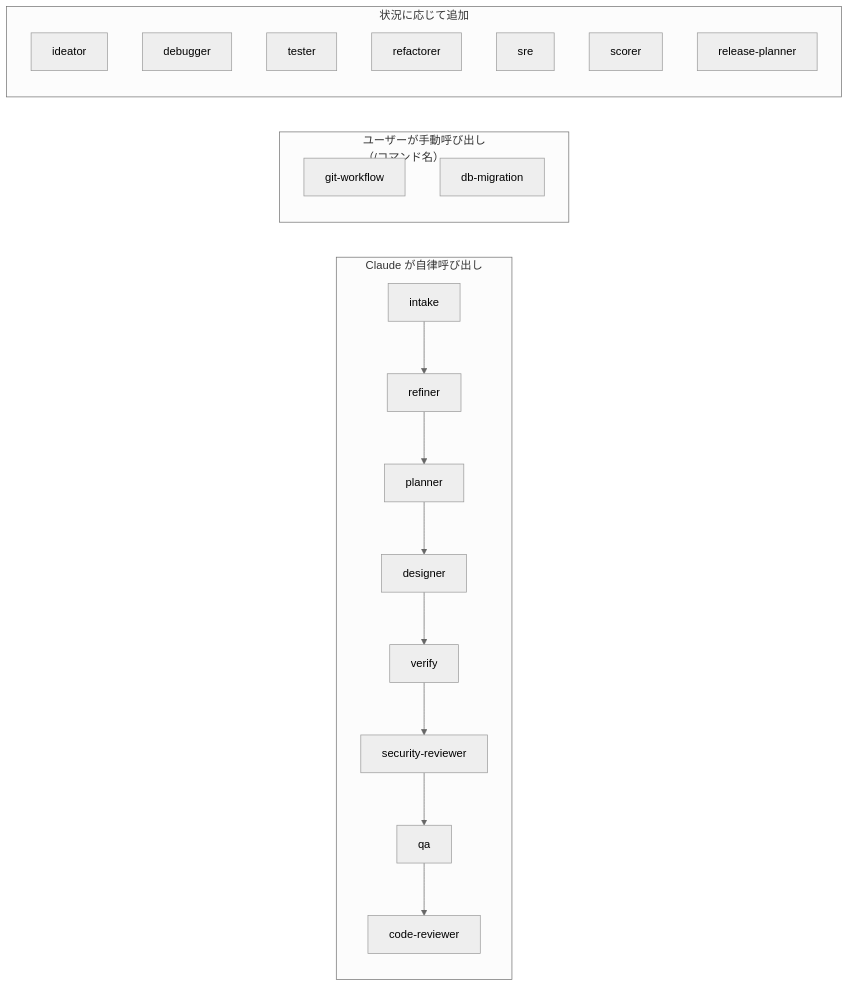
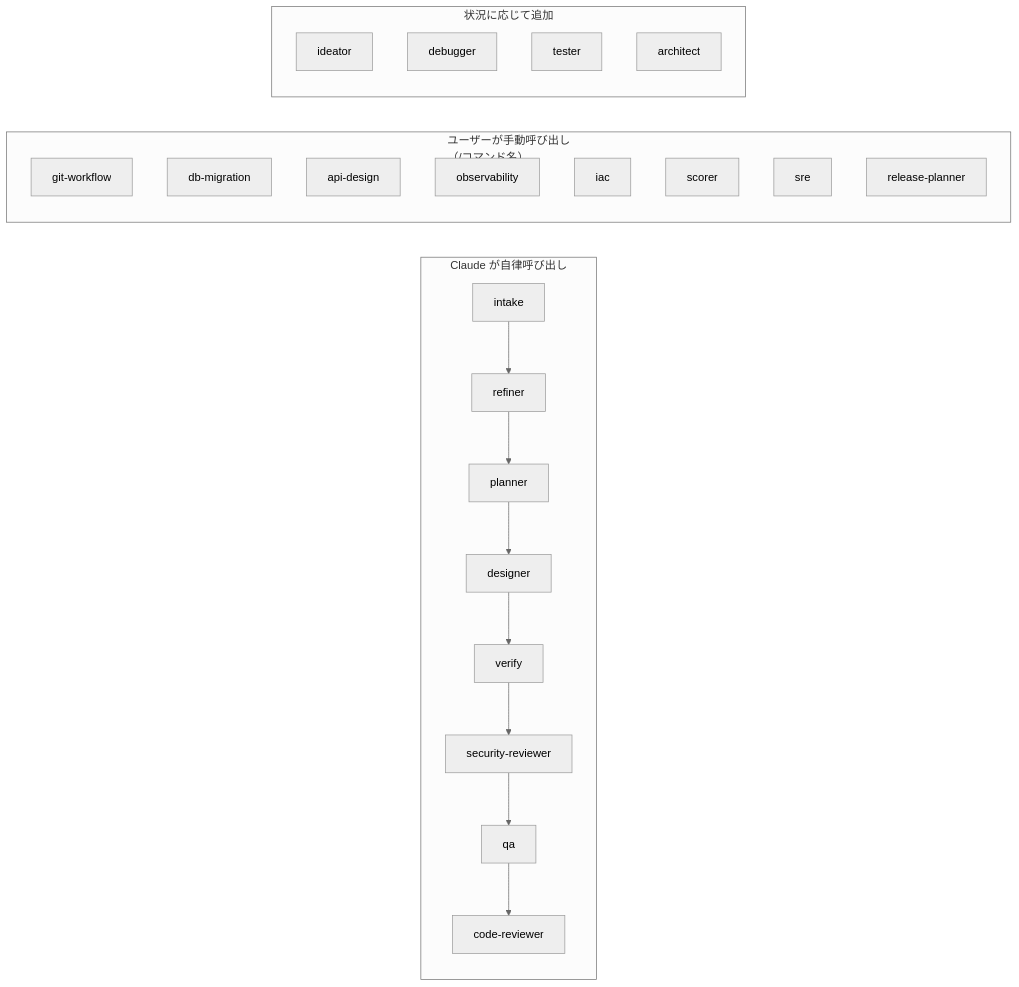
Before and after one commit to agaemo/dotfiles: the third of 3 diagrams in claude/commands/new-project/README.md, drawn with Mermaid (neutral theme). The commit also changed other lines of this file and 4 other files, not shown here.

First line of the commit message:
new-project: scorer/sre/release-planner をコマンドに移動、refactorer を削除

````diff
--- a/claude/commands/new-project/README.md
+++ b/claude/commands/new-project/README.md
@@ -103,26 +103,29 @@
 ```mermaid
 flowchart LR
     subgraph AUTO["Claude が自律呼び出し"]
         intake --> refiner --> planner
         planner --> designer
         designer --> verify
         verify --> security-reviewer
         security-reviewer --> qa
         qa --> code-reviewer
     end
 
     subgraph MANUAL["ユーザーが手動呼び出し\n（/コマンド名）"]
         git-workflow
         db-migration
+        api-design
+        observability
+        iac
+        scorer
+        sre
+        release-planner
     end
 
     subgraph OPT["状況に応じて追加"]
         ideator
         debugger
         tester
-        refactorer
-        sre
-        scorer
-        release-planner
+        architect
     end
 ```
````
